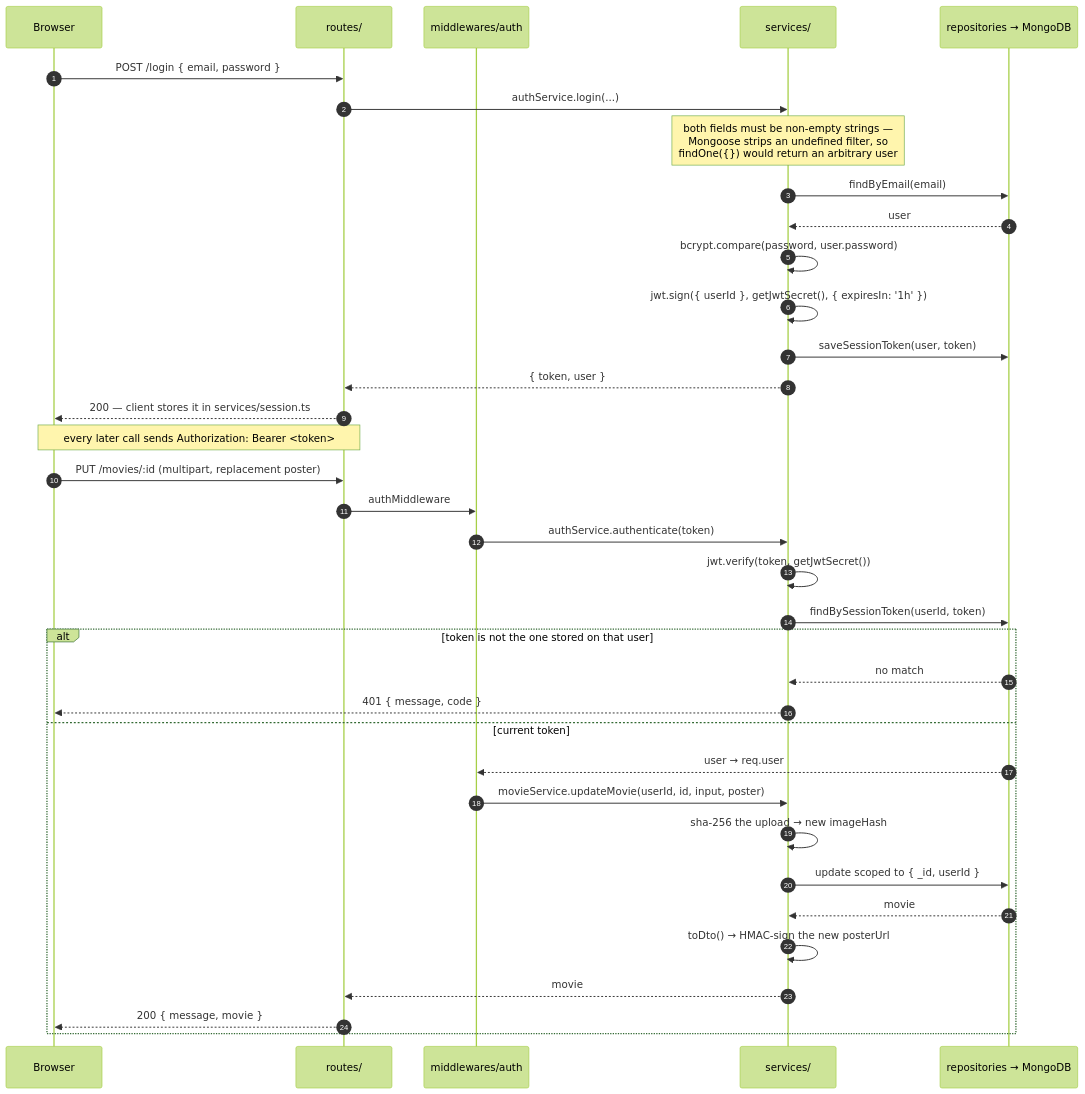
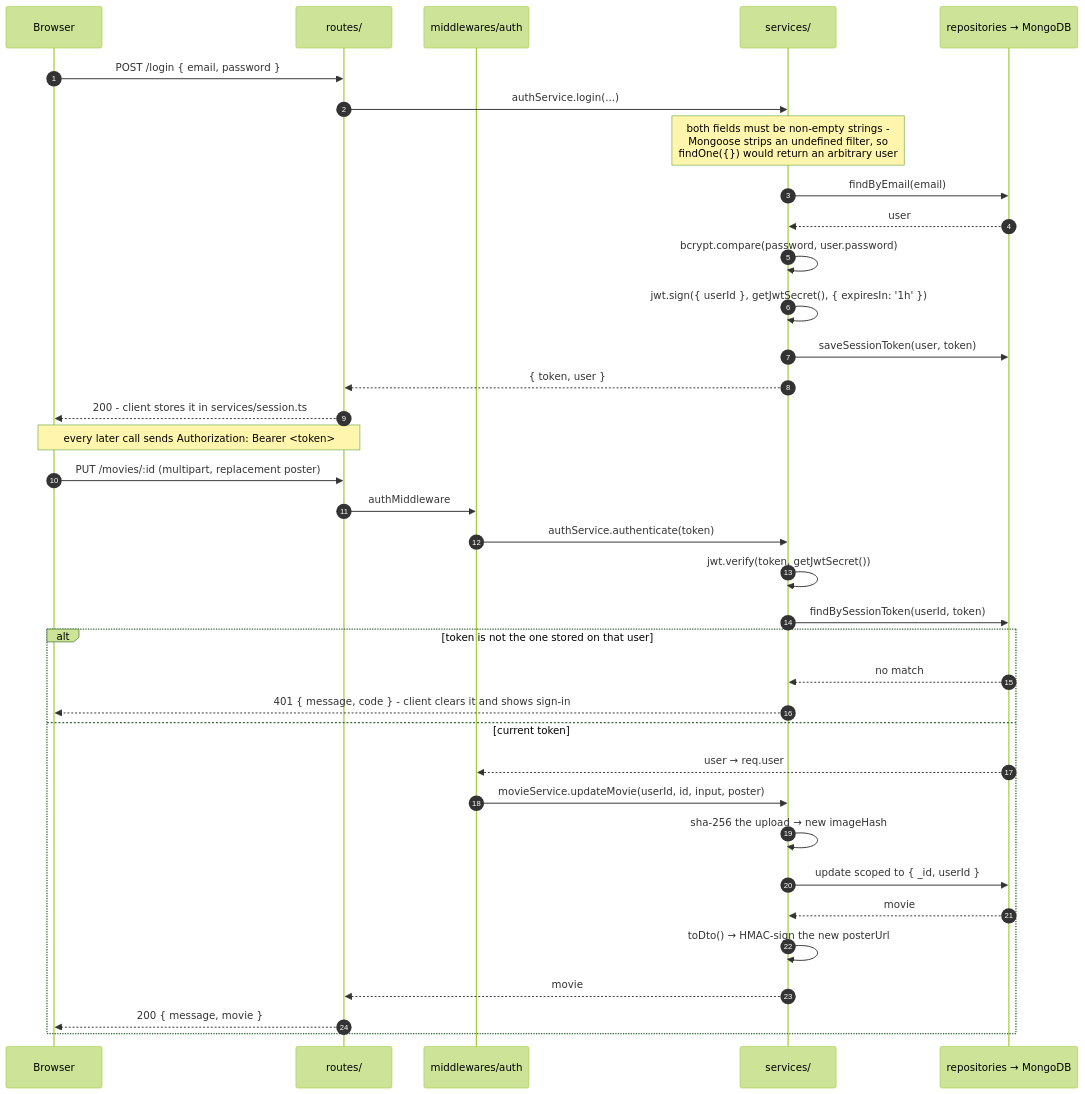
Before and after one commit to dev-sas002/movies-list: the second of 2 diagrams in README.md, drawn with Mermaid (forest theme). The commit also changed other lines of this file and 7 other files, not shown here.

````diff
--- a/README.md
+++ b/README.md
@@ -147,42 +229,42 @@
 ```mermaid
 sequenceDiagram
     autonumber
     participant B as Browser
     participant R as routes/
     participant A as middlewares/auth
     participant S as services/
     participant D as repositories → MongoDB
 
     B->>R: POST /login { email, password }
     R->>S: authService.login(...)
-    Note over S: both fields must be non-empty strings —<br/>Mongoose strips an undefined filter, so<br/>findOne({}) would return an arbitrary user
+    Note over S: both fields must be non-empty strings -<br/>Mongoose strips an undefined filter, so<br/>findOne({}) would return an arbitrary user
     S->>D: findByEmail(email)
     D-->>S: user
     S->>S: bcrypt.compare(password, user.password)
     S->>S: jwt.sign({ userId }, getJwtSecret(), { expiresIn: '1h' })
     S->>D: saveSessionToken(user, token)
     S-->>R: { token, user }
-    R-->>B: 200 — client stores it in services/session.ts
+    R-->>B: 200 - client stores it in services/session.ts
 
     Note over B,R: every later call sends Authorization: Bearer <token>
 
     B->>R: PUT /movies/:id (multipart, replacement poster)
     R->>A: authMiddleware
     A->>S: authService.authenticate(token)
     S->>S: jwt.verify(token, getJwtSecret())
     S->>D: findBySessionToken(userId, token)
 
     alt token is not the one stored on that user
         D-->>S: no match
-        S-->>B: 401 { message, code }
+        S-->>B: 401 { message, code } - client clears it and shows sign-in
     else current token
         D-->>A: user → req.user
         A->>S: movieService.updateMovie(userId, id, input, poster)
         S->>S: sha-256 the upload → new imageHash
         S->>D: update scoped to { _id, userId }
         D-->>S: movie
         S->>S: toDto() → HMAC-sign the new posterUrl
         S-->>R: movie
         R-->>B: 200 { message, movie }
     end
 ```
````
